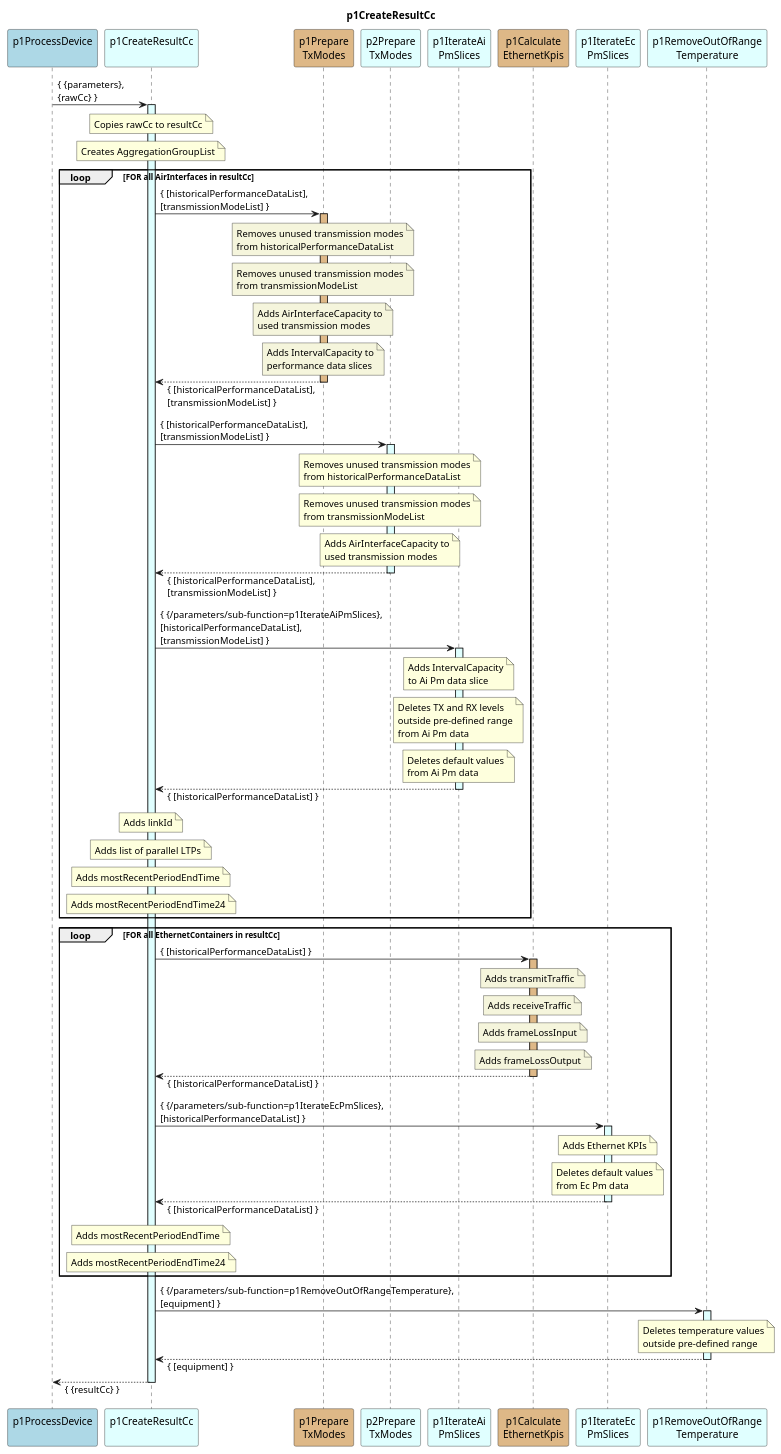
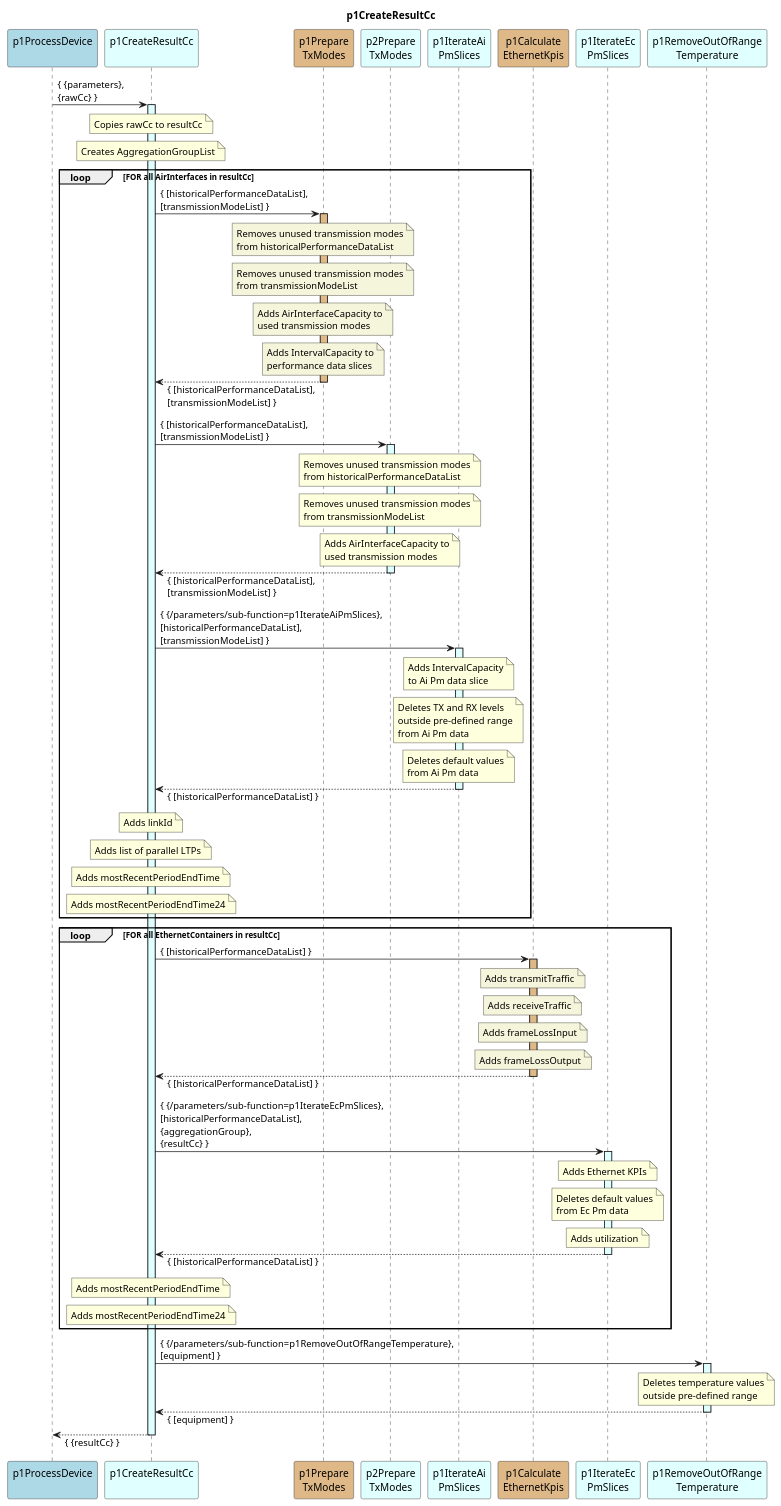
Before and after one commit to openBackhaul/DevicePerformanceManagementDataProcessor: the diagram in spec/Functions/p1StreamPmData/p1ProcessDevice/p1CreateResultCc/1.1.0/p1CreateResultCc.plantuml, drawn with PlantUML. The commit also changed 17 other files, not shown here.

```diff
--- a/spec/Functions/p1StreamPmData/p1ProcessDevice/p1CreateResultCc/1.1.0/p1CreateResultCc.plantuml
+++ b/spec/Functions/p1StreamPmData/p1ProcessDevice/p1CreateResultCc/1.1.0/p1CreateResultCc.plantuml
@@ -1,180 +1,184 @@
 @startuml p1CreateResultCc
 skinparam responseMessageBelowArrow true
 
 title
   p1CreateResultCc
 end title
 
 participant "p1ProcessDevice\n" as requestor #LightBlue
 participant "p1CreateResultCc\n" as cur #LightCyan
 participant "p1Prepare\nTxModes" as p1PrepTxModes #BurlyWood
 participant "p2Prepare\nTxModes" as p2PrepTxModes #LightCyan
 participant "p1IterateAi\nPmSlices" as p1IterateAi #LightCyan
 participant "p1Calculate\nEthernetKpis" as ethKpis #BurlyWood
 participant "p1IterateEc\nPmSlices" as p1IterateEc #LightCyan
 participant "p1RemoveOutOfRange\nTemperature" as p1RemoveTemp #LightCyan
 
 requestor -> cur: { {parameters},\n{rawCc} }
 activate cur #LightCyan
 
   note over cur
     Copies rawCc to resultCc
   end note
 
   note over cur
     Creates AggregationGroupList
   end note
 
   loop FOR all AirInterfaces in resultCc
 
     cur -> p1PrepTxModes : { [historicalPerformanceDataList],\n[transmissionModeList] }
     activate p1PrepTxModes #BurlyWood
 
       note over p1PrepTxModes #Beige
         Removes unused transmission modes
         from historicalPerformanceDataList
       end note
 
       note over p1PrepTxModes #Beige
         Removes unused transmission modes
         from transmissionModeList
       end note
 
       note over p1PrepTxModes #Beige
         Adds AirInterfaceCapacity to
         used transmission modes
       end note
 
       note over p1PrepTxModes #Beige
         Adds IntervalCapacity to
         performance data slices
       end note
 
     cur <-- p1PrepTxModes : { [historicalPerformanceDataList],\n[transmissionModeList] }
     deactivate p1PrepTxModes
 
     cur -> p2PrepTxModes : { [historicalPerformanceDataList],\n[transmissionModeList] }
     activate p2PrepTxModes #LightCyan
 
       note over p2PrepTxModes
         Removes unused transmission modes
         from historicalPerformanceDataList
       end note
 
       note over p2PrepTxModes
         Removes unused transmission modes
         from transmissionModeList
       end note
 
       note over p2PrepTxModes
         Adds AirInterfaceCapacity to
         used transmission modes
       end note
 
     cur <-- p2PrepTxModes : { [historicalPerformanceDataList],\n[transmissionModeList] }
     deactivate p2PrepTxModes
 
     cur -> p1IterateAi : { {/parameters/sub-function=p1IterateAiPmSlices},\n[historicalPerformanceDataList],\n[transmissionModeList] }
     activate p1IterateAi #LightCyan
 
       note over p1IterateAi
         Adds IntervalCapacity
         to Ai Pm data slice
       end note
 
       note over p1IterateAi
         Deletes TX and RX levels
         outside pre-defined range
         from Ai Pm data
       end note
 
       note over p1IterateAi
         Deletes default values
         from Ai Pm data
       end note
 
     cur <-- p1IterateAi : { [historicalPerformanceDataList] }
     deactivate p1IterateAi
 
     note over cur
       Adds linkId
     end note
 
     note over cur
       Adds list of parallel LTPs
     end note
 
     note over cur
       Adds mostRecentPeriodEndTime
     end note
 
     note over cur
       Adds mostRecentPeriodEndTime24
     end note
 
   end
 
   loop FOR all EthernetContainers in resultCc
 
     cur -> ethKpis : { [historicalPerformanceDataList] }
     activate ethKpis #BurlyWood
 
       note over ethKpis #Beige
         Adds transmitTraffic
       end note
 
       note over ethKpis #Beige
         Adds receiveTraffic
       end note
 
       note over ethKpis #Beige
         Adds frameLossInput
       end note
 
       note over ethKpis #Beige
         Adds frameLossOutput
       end note
 
     cur <-- ethKpis : { [historicalPerformanceDataList] }
     deactivate ethKpis
 
-    cur -> p1IterateEc : { {/parameters/sub-function=p1IterateEcPmSlices},\n[historicalPerformanceDataList] }
+    cur -> p1IterateEc : { {/parameters/sub-function=p1IterateEcPmSlices},\n[historicalPerformanceDataList],\n{aggregationGroup},\n{resultCc} }
     activate p1IterateEc #LightCyan
 
       note over p1IterateEc
         Adds Ethernet KPIs
       end note
 
       note over p1IterateEc
         Deletes default values
         from Ec Pm data
+      end note
+
+      note over p1IterateEc
+        Adds utilization
       end note
 
     cur <-- p1IterateEc : { [historicalPerformanceDataList] }
     deactivate p1IterateEc
 
     note over cur
       Adds mostRecentPeriodEndTime
     end note
 
     note over cur
       Adds mostRecentPeriodEndTime24
     end note
 
   end loop
 
   cur -> p1RemoveTemp : { {/parameters/sub-function=p1RemoveOutOfRangeTemperature},\n[equipment] }
   activate p1RemoveTemp #LightCyan
 
     note over p1RemoveTemp
       Deletes temperature values
       outside pre-defined range
     end note
 
   cur <-- p1RemoveTemp : { [equipment] }
   deactivate p1RemoveTemp
 
 requestor <-- cur: { {resultCc} }
 deactivate cur
 
 @enduml
```
